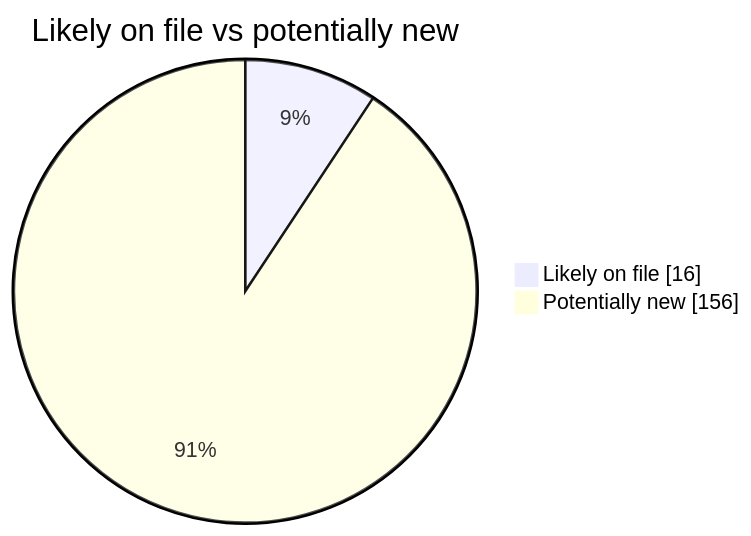
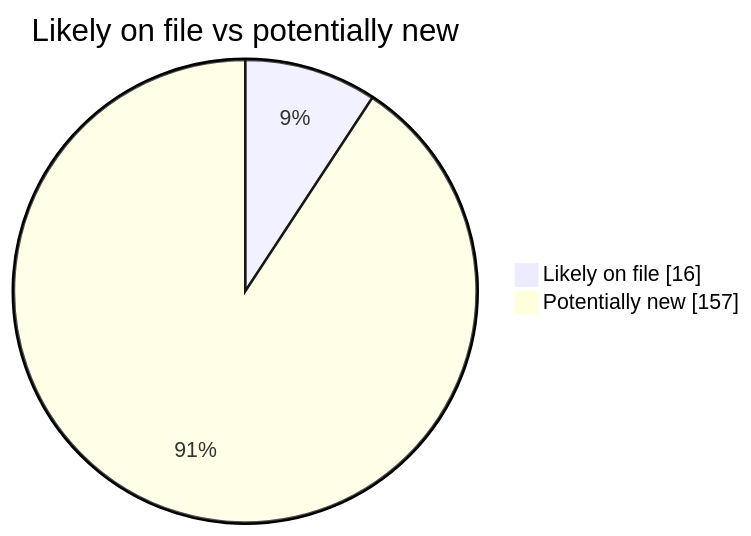
The second of 4 diagrams in README.md (martinbalfanz/social-scanner-reports), drawn with Mermaid before and after one commit. The commit also changed other lines of this file and 2 other files, not shown here.

````diff
--- a/README.md
+++ b/README.md
@@ -40,5 +40,5 @@
 ```mermaid
 pie showData title Likely on file vs potentially new
     "Likely on file" : 16
-    "Potentially new" : 156
+    "Potentially new" : 157
 ```
````
